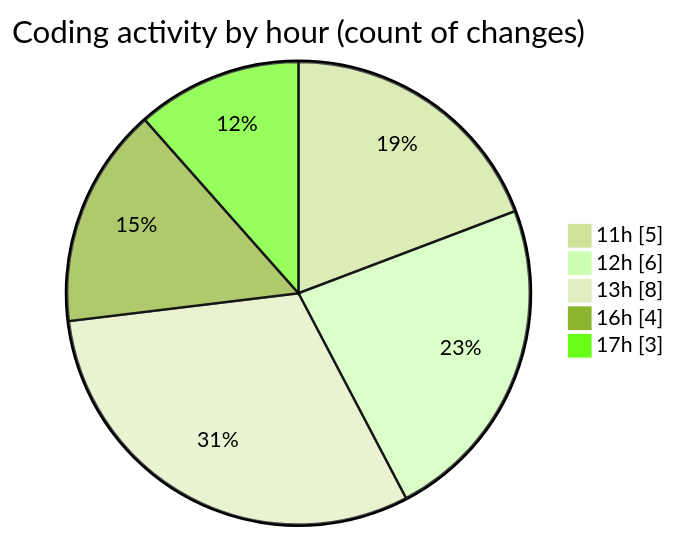
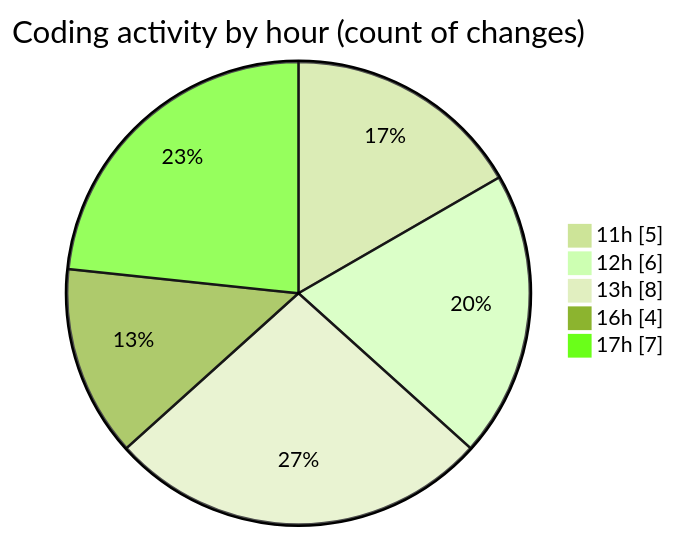
The second of 2 diagrams in 2026-02-18/cda/README.md (momahboobian/code-tracking), drawn with Mermaid (forest theme) before and after one commit. The commit also changed other lines of this file and 1 other file, not shown here.

````diff
--- a/2026-02-18/cda/README.md
+++ b/2026-02-18/cda/README.md
@@ -41,9 +41,9 @@
 ```mermaid
 pie showData
 title Coding activity by hour (count of changes)
 "11h" : 5
 "12h" : 6
 "13h" : 8
 "16h" : 4
-"17h" : 3
+"17h" : 7
 ```
````
